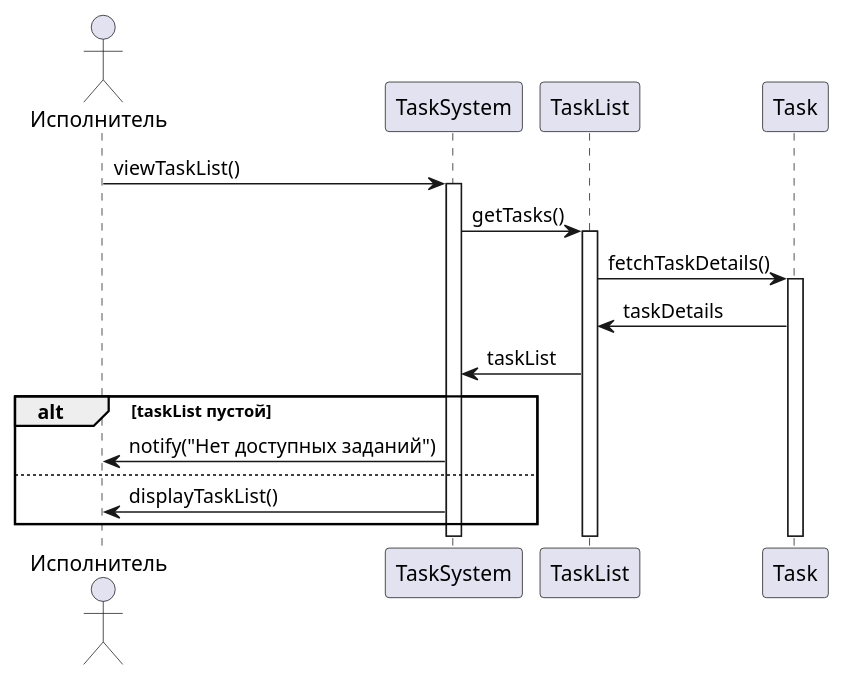
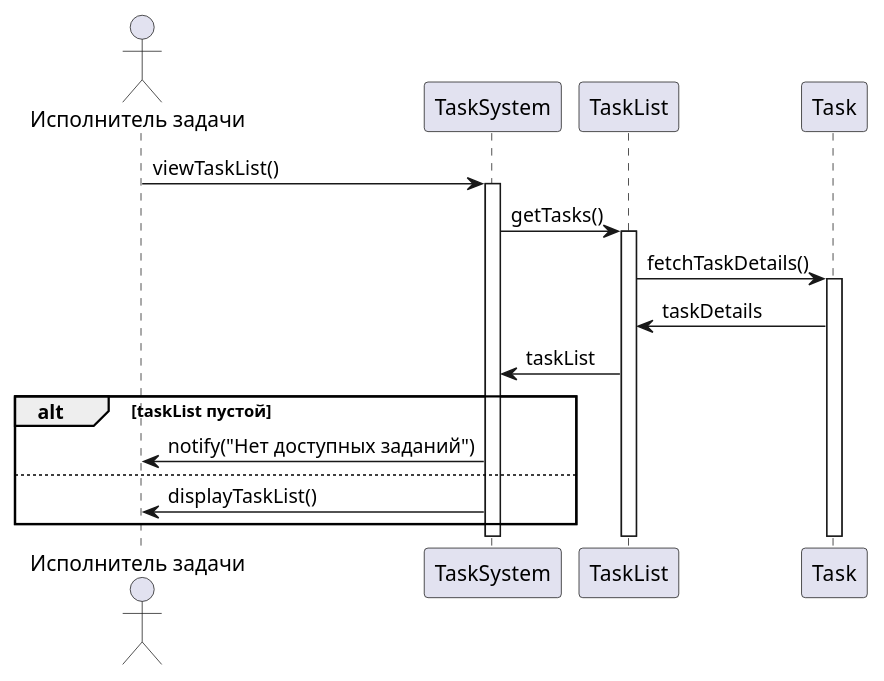
The diagram in Прецеденты/Просмотр задач/Диаграмма последовательности Просмотра задач.md (penamarth/bsbo-01-22_team5_var7), drawn with PlantUML before and after one commit.

Commit message:
Update Диаграмма последовательности Просмотра задач.md

````diff
--- a/Прецеденты/Просмотр задач/Диаграмма последовательности Просмотра задач.md
+++ b/Прецеденты/Просмотр задач/Диаграмма последовательности Просмотра задач.md
@@ -2,21 +2,21 @@
 ```plantuml
 @startuml
-actor "Исполнитель" as Worker
+actor "Исполнитель задачи" as Worker
 
 Worker -> TaskSystem : viewTaskList()
 activate TaskSystem
 TaskSystem -> TaskList : getTasks()
 activate TaskList
 TaskList -> Task : fetchTaskDetails()
 activate Task
 TaskList <- Task : taskDetails
 TaskSystem <- TaskList : taskList
 
 alt taskList пустой
     TaskSystem -> Worker : notify("Нет доступных заданий")
 else
     Worker <- TaskSystem : displayTaskList()
 end
 
 @enduml
 ```
````
